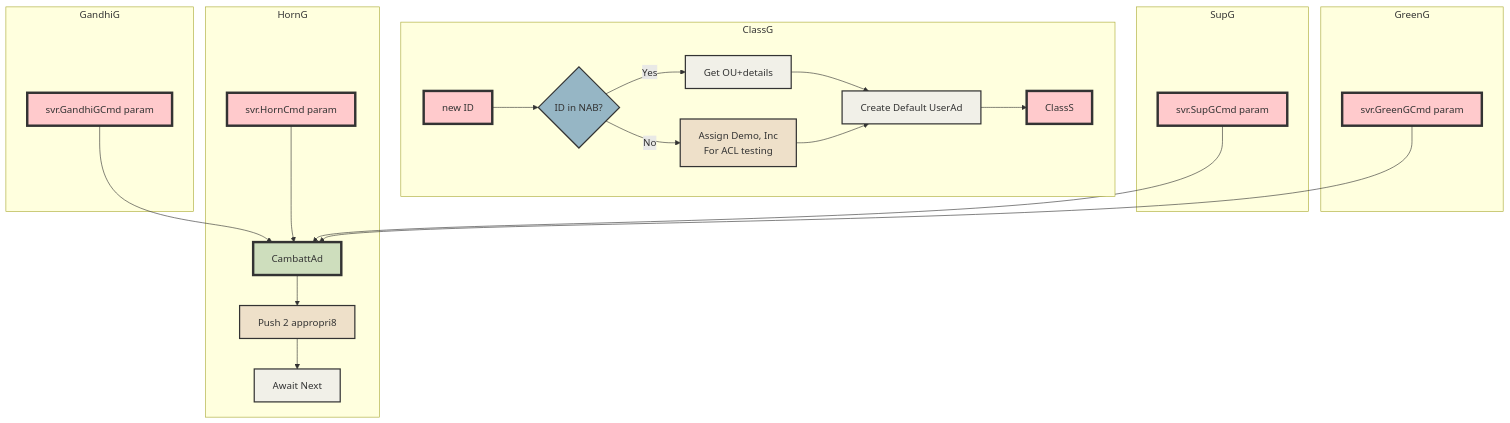
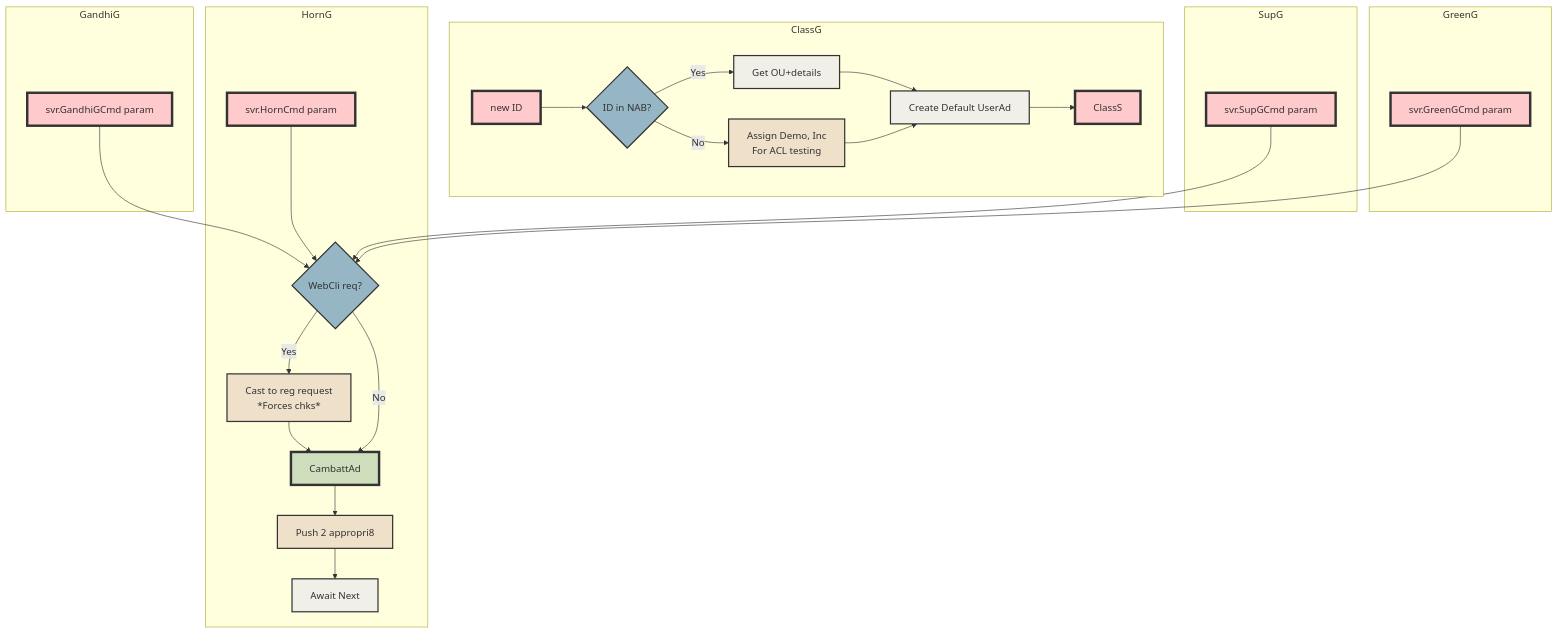
The fifth of 7 diagrams in Notes.md (TrivediEnterprisesInc/TrivediEnterprisesInc.github.io), drawn with Mermaid before and after one commit. The commit also changed other lines of this file, not shown here.

````diff
--- a/Notes.md
+++ b/Notes.md
@@ -493,42 +508,46 @@
 ```mermaid
 graph TB
     classDef red  fill:#FFCACC,stroke:#333,stroke-width:4px
     classDef ltBrn fill:#EEE0C9,stroke:#333,stroke-width:2px
     classDef offWhite fill:#F1F0E8,stroke:#333,stroke-width:2px
     classDef drkBlue fill:#96B6C5,stroke:#333,stroke-width:2px
     classDef ltBlue fill:#ADC4CE,stroke:#333,stroke-width:2px
     classDef green  fill:#CEDEBD,stroke:#333,stroke-width:4px
     subgraph ClassG
     a1[new ID]-->a2{ID in NAB?}
     a2-->|Yes|a3[Get OU+details]
     a2-->|No|a4[Assign Demo, Inc<br>For ACL testing]
     a3-->a5[Create Default UserAd]
     a4-->a5
     a5-->a6[ClassS]
     class a3,a5 offWhite
     class a4 ltBrn
     class a2 drkBlue
     class a1,a6 red
     end
     subgraph HornG
-    hg1[svr.HornCmd param]-->hg2[CambattAd]
+    hg1[svr.HornCmd param]-->hgWeb{WebCli req?}
+    hgWeb-->|Yes|hgWeb1[Cast to reg request<br>*Forces chks*]
+    hgWeb-->|No|hg2
+    hgWeb1-->hg2[CambattAd]
     hg2-->hg3[Push 2 appropri8]
     hg3-->hg4[Await Next]
     class hg4 offWhite
-    class hg3 ltBrn
+    class hgWeb drkBlue
+    class hgWeb1,hg3 ltBrn
     class hg2 green
     class hg1 red
     end
     subgraph GandhiG
-    gg1[svr.GandhiGCmd param]-->hg2
+    gg1[svr.GandhiGCmd param]-->hgWeb
     class gg1 red
     end
     subgraph SupG
-    sg1[svr.SupGCmd param]-->hg2
+    sg1[svr.SupGCmd param]-->hgWeb
     class sg1 red
     end   
     subgraph GreenG
-    grg1[svr.GreenGCmd param]-->hg2
+    grg1[svr.GreenGCmd param]-->hgWeb
     class grg1 red
     end
 ```
````
